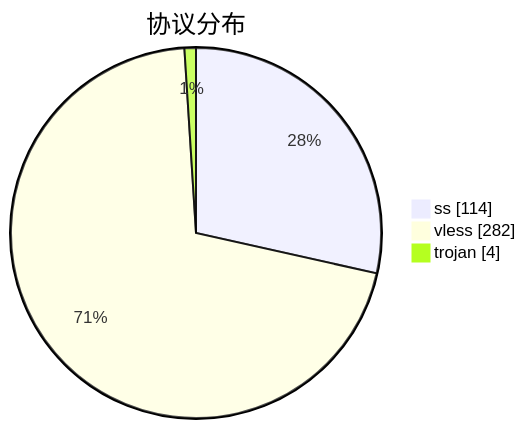
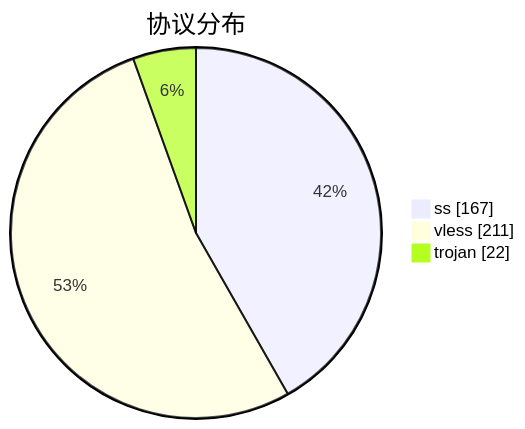
The third of 3 diagrams in subs/statistics/tested_within.md (qjlxg/airport), drawn with Mermaid before and after one commit. The commit also changed other lines of this file and 2 other files, not shown here.

````diff
--- a/subs/statistics/tested_within.md
+++ b/subs/statistics/tested_within.md
@@ -36,7 +37,7 @@
 ```mermaid
 pie showData
 title 协议分布
-"ss" : 114
-"vless" : 282
-"trojan" : 4
+"ss" : 167
+"vless" : 211
+"trojan" : 22
 ```
````
